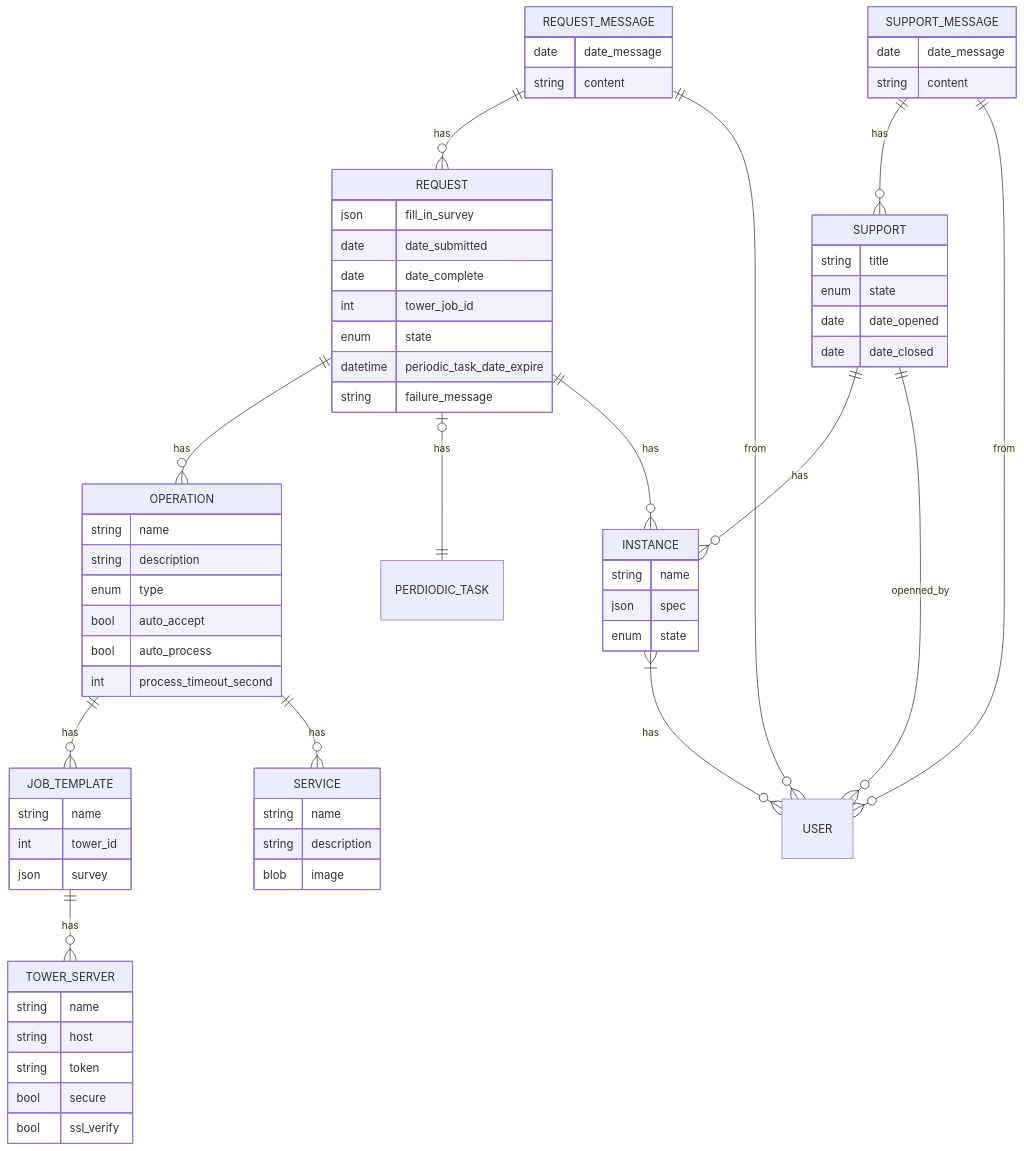
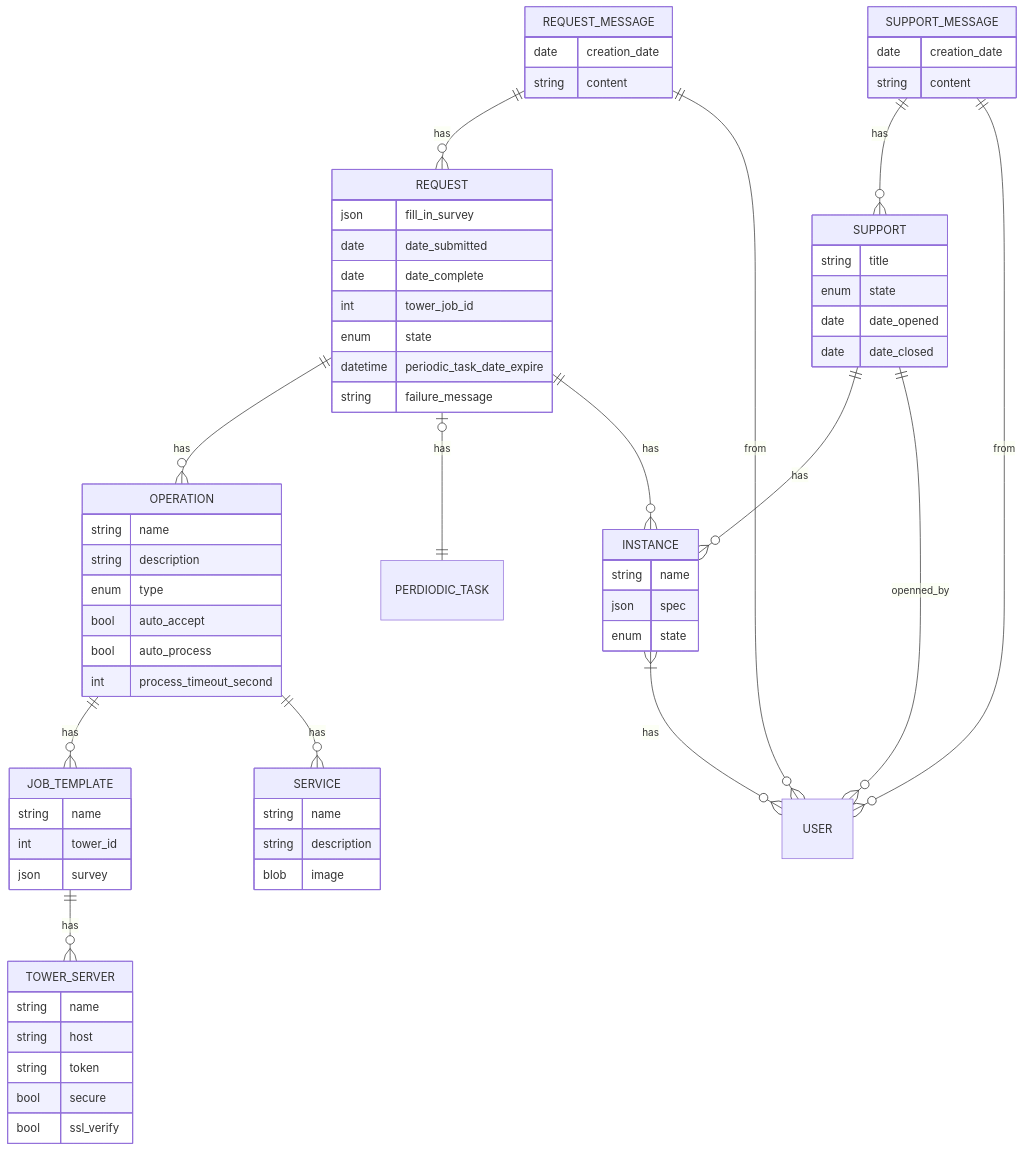
The diagram in docs/dev/db-erd.md (HewlettPackard/squest), drawn with Mermaid before and after one commit. The commit also changed 12 other files, not shown here.

````diff
--- a/docs/dev/db-erd.md
+++ b/docs/dev/db-erd.md
@@ -3,78 +3,78 @@
 ```mermaid
 erDiagram
     TOWER_SERVER {
         string name
         string host
         string token
         bool secure
         bool ssl_verify
     }
     
     JOB_TEMPLATE {
         string name
         int tower_id
         json survey
     }
     
     OPERATION {
         string name
         string description
         enum type
         bool auto_accept
         bool auto_process
         int process_timeout_second
     }
     
     SERVICE {
         string name
         string description
         blob image
     }
     
     REQUEST {
         json fill_in_survey
         date date_submitted
         date date_complete
         int tower_job_id
         enum state
         datetime periodic_task_date_expire
         string failure_message
     }
     
     INSTANCE {
         string name
         json spec
         enum state
     }
     
     SUPPORT {
         string title
         enum state
         date date_opened
         date date_closed
     }
     
     REQUEST_MESSAGE {
-        date date_message
+        date creation_date
         string content
     }
     
     SUPPORT_MESSAGE {
-        date date_message
+        date creation_date
         string content
     }
     
     JOB_TEMPLATE ||--o{ TOWER_SERVER: has
     OPERATION ||--o{ JOB_TEMPLATE: has
     OPERATION ||--o{ SERVICE: has
     REQUEST ||--o{ OPERATION: has
     REQUEST |o--|| PERDIODIC_TASK: has
     REQUEST ||--o{ INSTANCE: has
     INSTANCE }|--o{ USER: has
     SUPPORT ||--o{ INSTANCE: has
     SUPPORT ||--o{ USER: openned_by
     REQUEST_MESSAGE ||--o{ REQUEST: has
     REQUEST_MESSAGE ||--o{ USER: from
     SUPPORT_MESSAGE ||--o{ SUPPORT: has
     SUPPORT_MESSAGE ||--o{ USER: from
 ```
````
